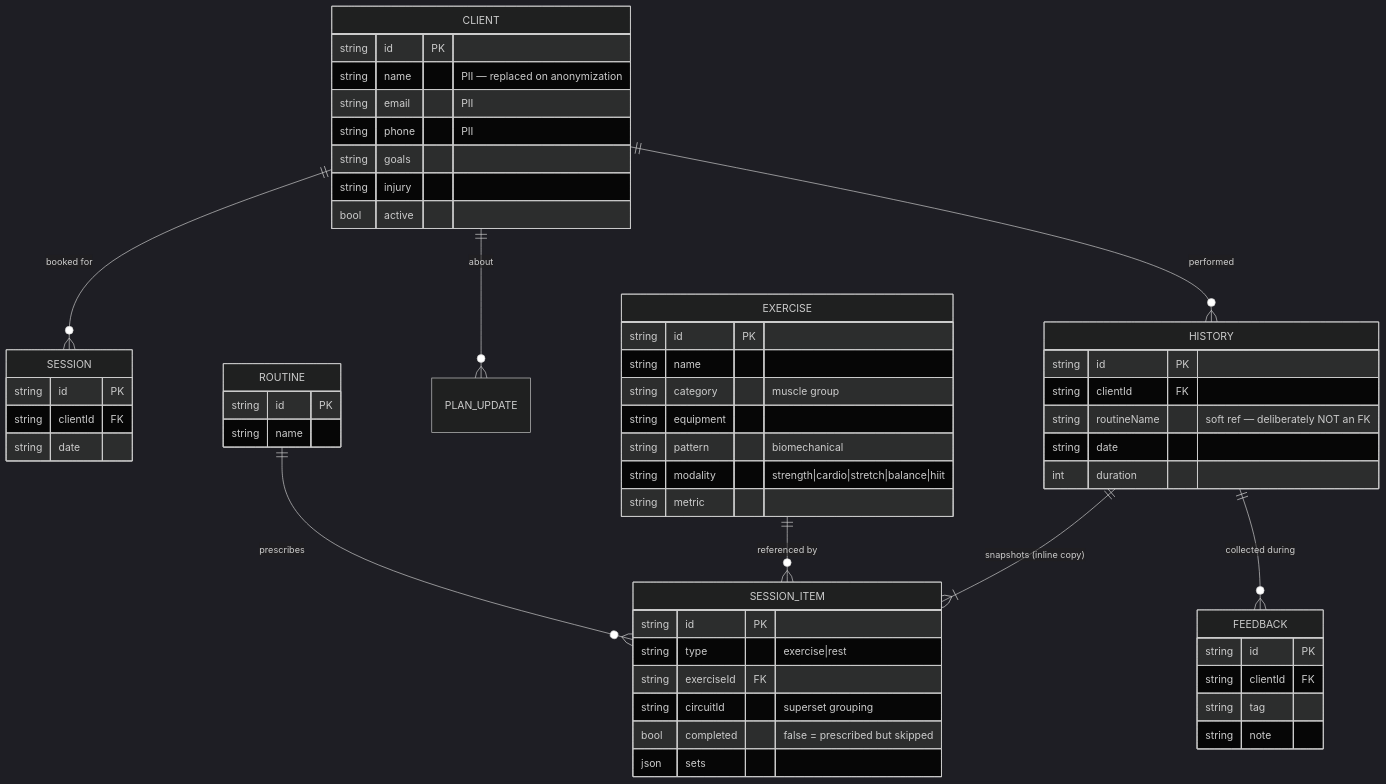
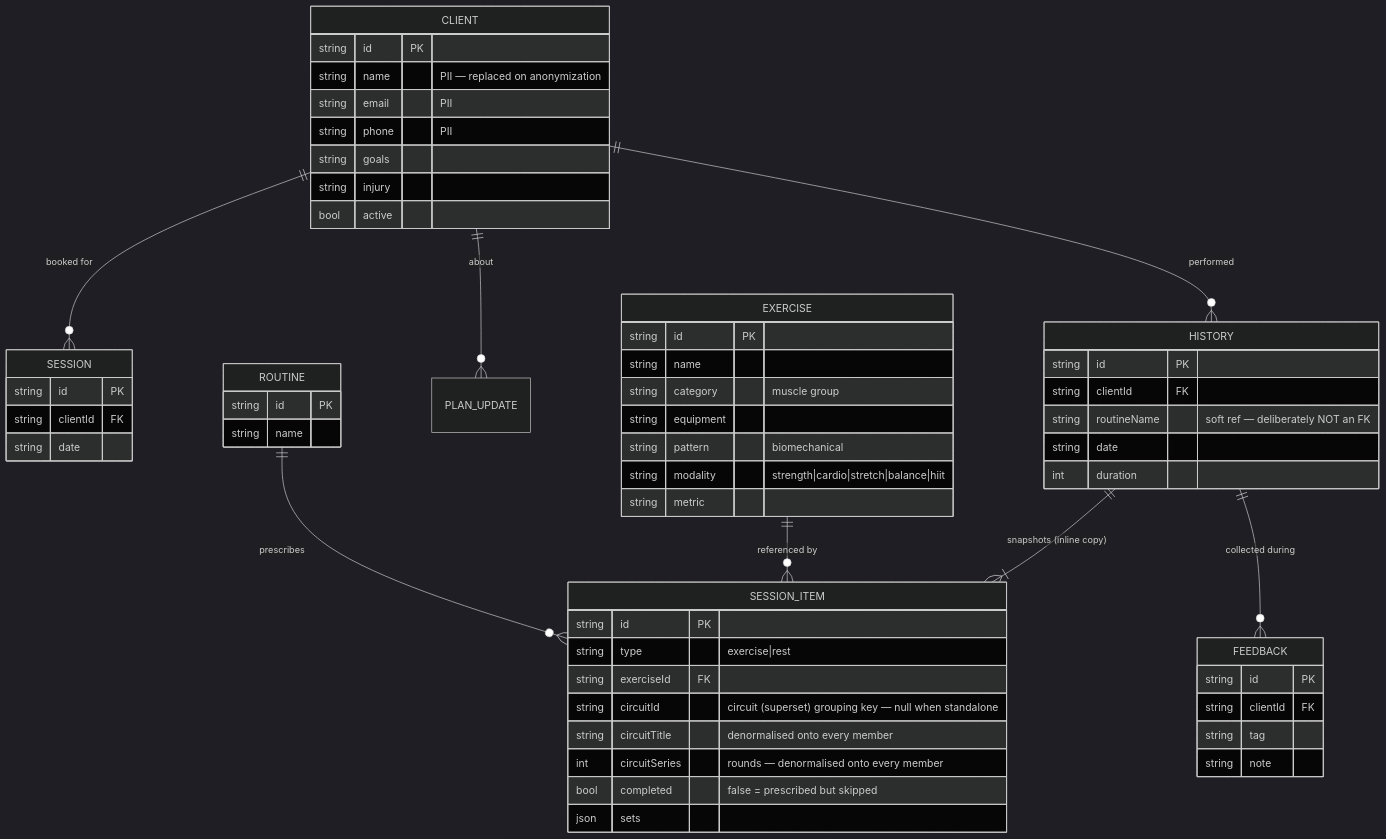
One commit to stutek/LibrePT changed the second of 4 diagrams in docs/DATA_MODEL.md. Above: the diagram before and after it, drawn with Mermaid (dark theme). The commit also changed other lines of this file, not shown here.

````diff
--- a/docs/DATA_MODEL.md
+++ b/docs/DATA_MODEL.md
@@ -94,59 +94,61 @@
 ```mermaid
 erDiagram
     CLIENT ||--o{ SESSION : "booked for"
     CLIENT ||--o{ HISTORY : "performed"
     CLIENT ||--o{ PLAN_UPDATE : "about"
     ROUTINE ||--o{ SESSION_ITEM : "prescribes"
     EXERCISE ||--o{ SESSION_ITEM : "referenced by"
     HISTORY ||--|{ SESSION_ITEM : "snapshots (inline copy)"
     HISTORY ||--o{ FEEDBACK : "collected during"
 
     CLIENT {
         string id PK
         string name "PII — replaced on anonymization"
         string email "PII"
         string phone "PII"
         string goals
         string injury
         bool active
     }
     EXERCISE {
         string id PK
         string name
         string category "muscle group"
         string equipment
         string pattern "biomechanical"
         string modality "strength|cardio|stretch|balance|hiit"
         string metric
     }
     ROUTINE {
         string id PK
         string name
     }
     SESSION {
         string id PK
         string clientId FK
         string date
     }
     HISTORY {
         string id PK
         string clientId FK
         string routineName "soft ref — deliberately NOT an FK"
         string date
         int duration
     }
     SESSION_ITEM {
         string id PK
         string type "exercise|rest"
         string exerciseId FK
-        string circuitId "superset grouping"
+        string circuitId "circuit (superset) grouping key — null when standalone"
+        string circuitTitle "denormalised onto every member"
+        int circuitSeries "rounds — denormalised onto every member"
         bool completed "false = prescribed but skipped"
         json sets
     }
     FEEDBACK {
         string id PK
         string clientId FK
         string tag
         string note
     }
 ```
````
